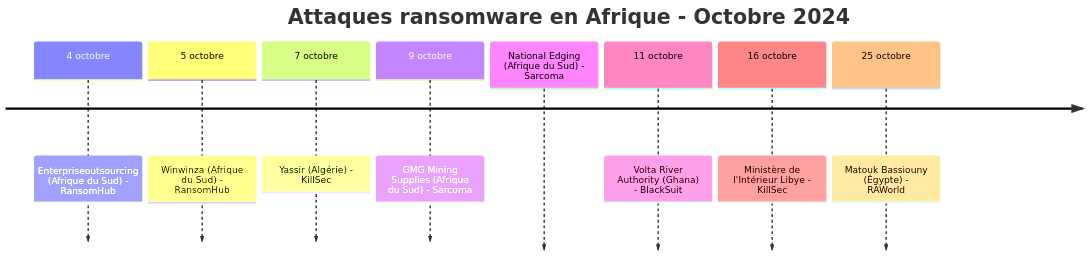
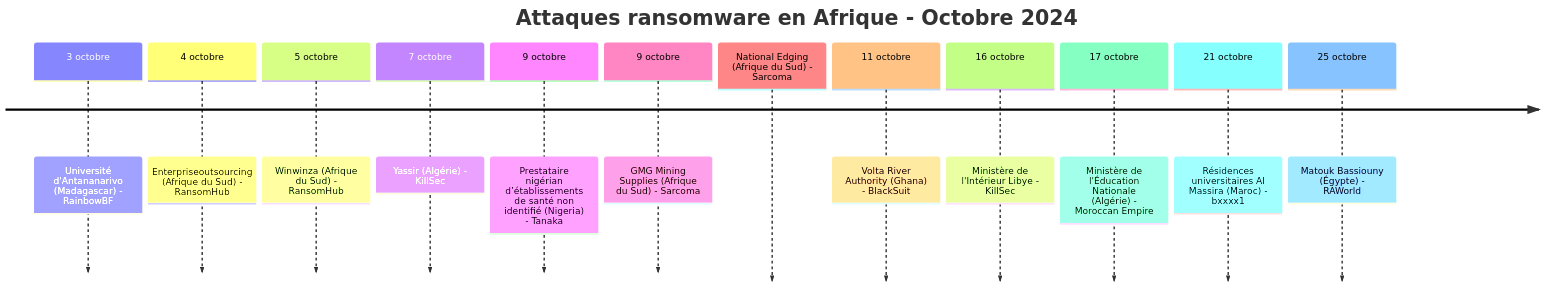
Before and after one commit to Hatchepsoute/AFRINTEL: the first of 4 diagrams in CyberAttackAfrica/2024/10-october/README_FR.md, drawn with Mermaid. The commit also changed other lines of this file and 255 other files, not shown here.

````diff
--- a/CyberAttackAfrica/2024/10-october/README_FR.md
+++ b/CyberAttackAfrica/2024/10-october/README_FR.md
@@ -39,12 +43,16 @@
 ```mermaid
 timeline
     title Attaques ransomware en Afrique - Octobre 2024
+    3 octobre : Université d'Antananarivo (Madagascar) - RainbowBF
     4 octobre : Enterpriseoutsourcing (Afrique du Sud) - RansomHub
     5 octobre : Winwinza (Afrique du Sud) - RansomHub
     7 octobre : Yassir (Algérie) - KillSec
+    9 octobre : Prestataire nigérian d’établissements de santé non identifié (Nigeria) - Tanaka
     9 octobre : GMG Mining Supplies (Afrique du Sud) - Sarcoma
                 National Edging (Afrique du Sud) - Sarcoma
     11 octobre : Volta River Authority (Ghana) - BlackSuit
     16 octobre : Ministère de l'Intérieur Libye - KillSec
+    17 octobre : Ministère de l'Éducation Nationale (Algérie) - Moroccan Empire
+    21 octobre : Résidences universitaires Al Massira (Maroc) - bxxxx1
     25 octobre : Matouk Bassiouny (Égypte) - RAWorld
 ```
````
